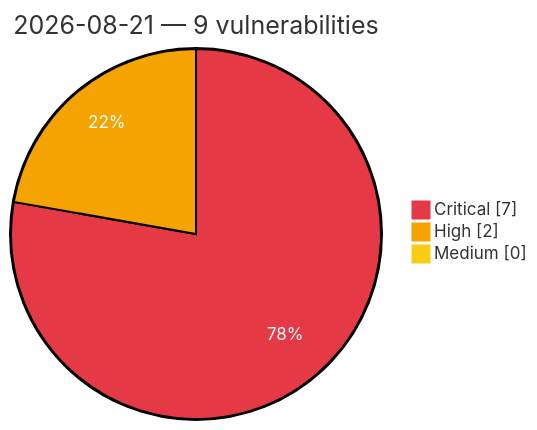
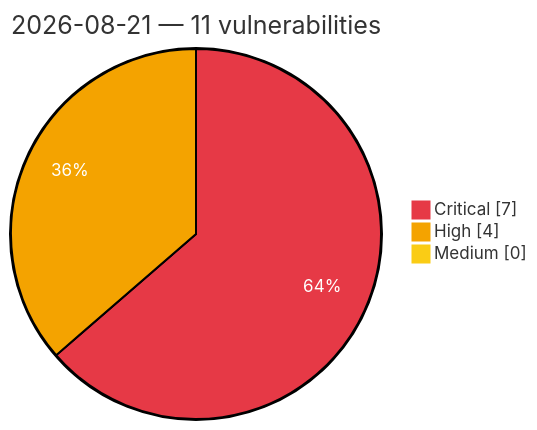
One commit to GhostX0X/vuln-tracker changed the diagram in vulnerabilities/2026/August/2026-08-21.md. Above: the diagram before and after it, drawn with Mermaid. The commit also changed other lines of this file and 5 other files, not shown here.

````diff
--- a/vulnerabilities/2026/August/2026-08-21.md
+++ b/vulnerabilities/2026/August/2026-08-21.md
@@ -3,8 +3,8 @@
 ```mermaid
 %%{init: {'theme':'base', 'themeVariables': {'pie1':'#e63946', 'pie2':'#f4a300', 'pie3':'#facc15', 'pieOpacity':'1', 'pieOuterStrokeWidth':'2px', 'pieSectionTextColor':'#ffffff'}}}%%
 pie showData
-    title 2026-08-21 — 9 vulnerabilities
+    title 2026-08-21 — 11 vulnerabilities
     "Critical" : 7
-    "High" : 2
+    "High" : 4
     "Medium" : 0
 ```
````
